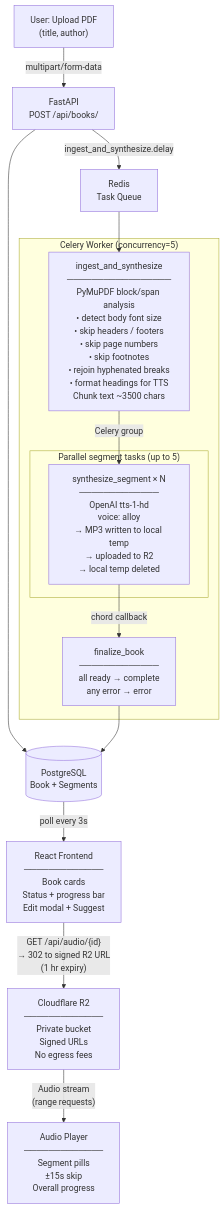
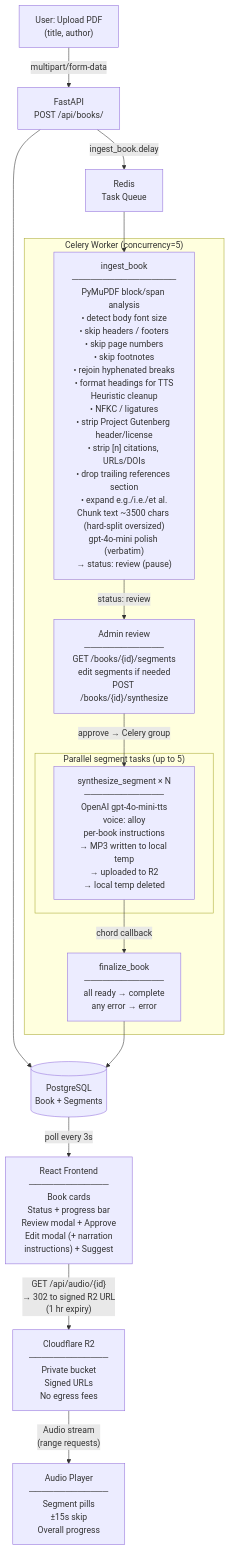
One commit to antispiraldev/AudioBookLib changed the diagram in PIPELINE.md. Above: the diagram before and after it, drawn with Mermaid. The commit also changed other lines of this file and 14 other files, not shown here.

First line of the commit message:
feat: text preprocessing, review gate, and gpt-4o-mini-tts

````diff
--- a/PIPELINE.md
+++ b/PIPELINE.md
@@ -3,33 +3,36 @@
 ```mermaid
 flowchart TD
     Upload["User: Upload PDF\n(title, author)"]
     API["FastAPI\nPOST /api/books/"]
     DB[("PostgreSQL\nBook + Segments")]
     Queue["Redis\nTask Queue"]
 
     Upload -->|multipart/form-data| API
     API --> DB
-    API -->|ingest_and_synthesize.delay| Queue
+    API -->|ingest_book.delay| Queue
 
     Queue --> Ingest
 
     subgraph Worker ["Celery Worker (concurrency=5)"]
-        Ingest["ingest_and_synthesize\n─────────────────\nPyMuPDF block/span analysis\n• detect body font size\n• skip headers / footers\n• skip page numbers\n• skip footnotes\n• rejoin hyphenated breaks\n• format headings for TTS\nChunk text ~3500 chars"]
-        Ingest -->|"Celery group"| Synth
+        Ingest["ingest_book\n─────────────────\nPyMuPDF block/span analysis\n• detect body font size\n• skip headers / footers\n• skip page numbers\n• skip footnotes\n• rejoin hyphenated breaks\n• format headings for TTS\nHeuristic cleanup\n• NFKC / ligatures\n• strip Project Gutenberg header/license\n• strip [n] citations, URLs/DOIs\n• drop trailing references section\n• expand e.g./i.e./et al.\nChunk text ~3500 chars (hard-split oversized)\ngpt-4o-mini polish (verbatim)\n→ status: review (pause)"]
+
+        Review["Admin review\n─────────────\nGET /books/{id}/segments\nedit segments if needed\nPOST /books/{id}/synthesize"]
+        Ingest -->|"status: review"| Review
+        Review -->|"approve → Celery group"| Synth
 
         subgraph Parallel ["Parallel segment tasks (up to 5)"]
-            Synth["synthesize_segment × N\n─────────────\nOpenAI tts-1-hd\nvoice: alloy\n→ MP3 written to local temp\n→ uploaded to R2\n→ local temp deleted"]
+            Synth["synthesize_segment × N\n─────────────\nOpenAI gpt-4o-mini-tts\nvoice: alloy\nper-book instructions\n→ MP3 written to local temp\n→ uploaded to R2\n→ local temp deleted"]
         end
 
         Synth -->|"chord callback"| Finalize
         Finalize["finalize_book\n─────────────\nall ready → complete\nany error  → error"]
     end
 
     Finalize --> DB
 
     DB -->|"poll every 3s"| Frontend
-    Frontend["React Frontend\n─────────────\nBook cards\nStatus + progress bar\nEdit modal + Suggest"]
+    Frontend["React Frontend\n─────────────\nBook cards\nStatus + progress bar\nReview modal + Approve\nEdit modal (+ narration\ninstructions) + Suggest"]
     Frontend -->|"GET /api/audio/{id}\n→ 302 to signed R2 URL\n(1 hr expiry)"| R2
     R2["Cloudflare R2\n─────────────\nPrivate bucket\nSigned URLs\nNo egress fees"]
     R2 -->|"Audio stream\n(range requests)"| Player["Audio Player\n─────────────\nSegment pills\n±15s skip\nOverall progress"]
 ```
````
